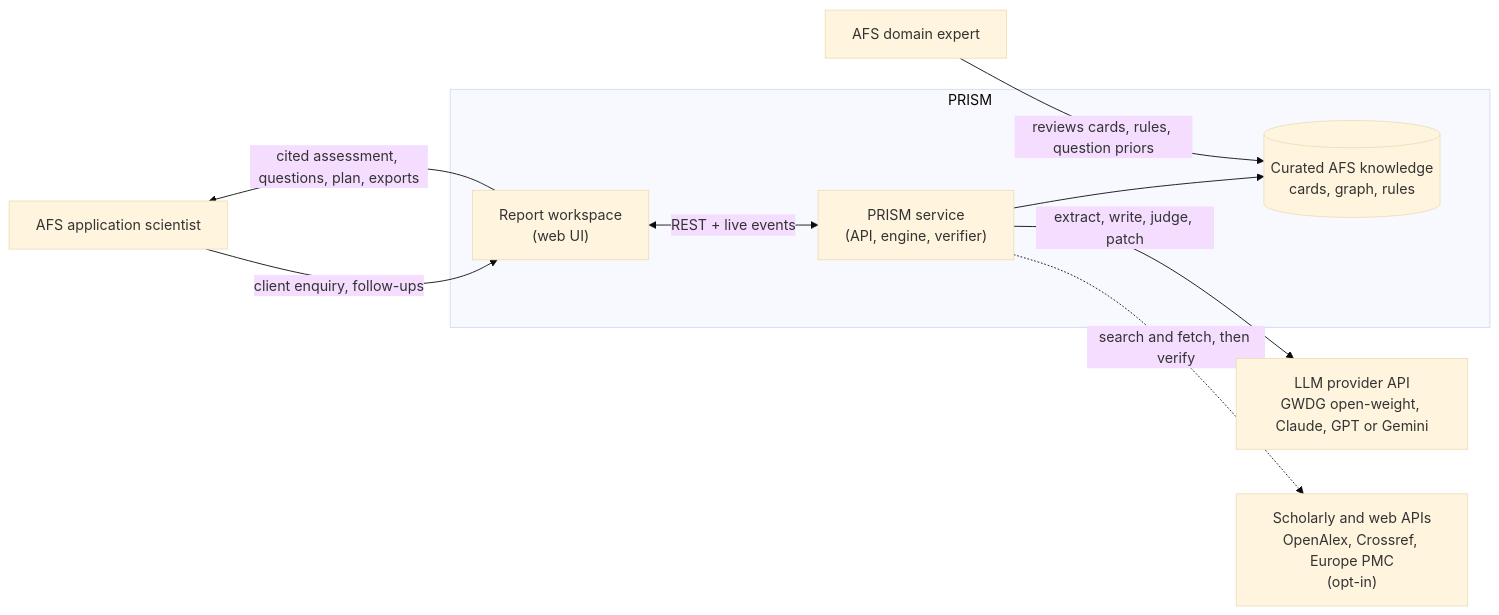
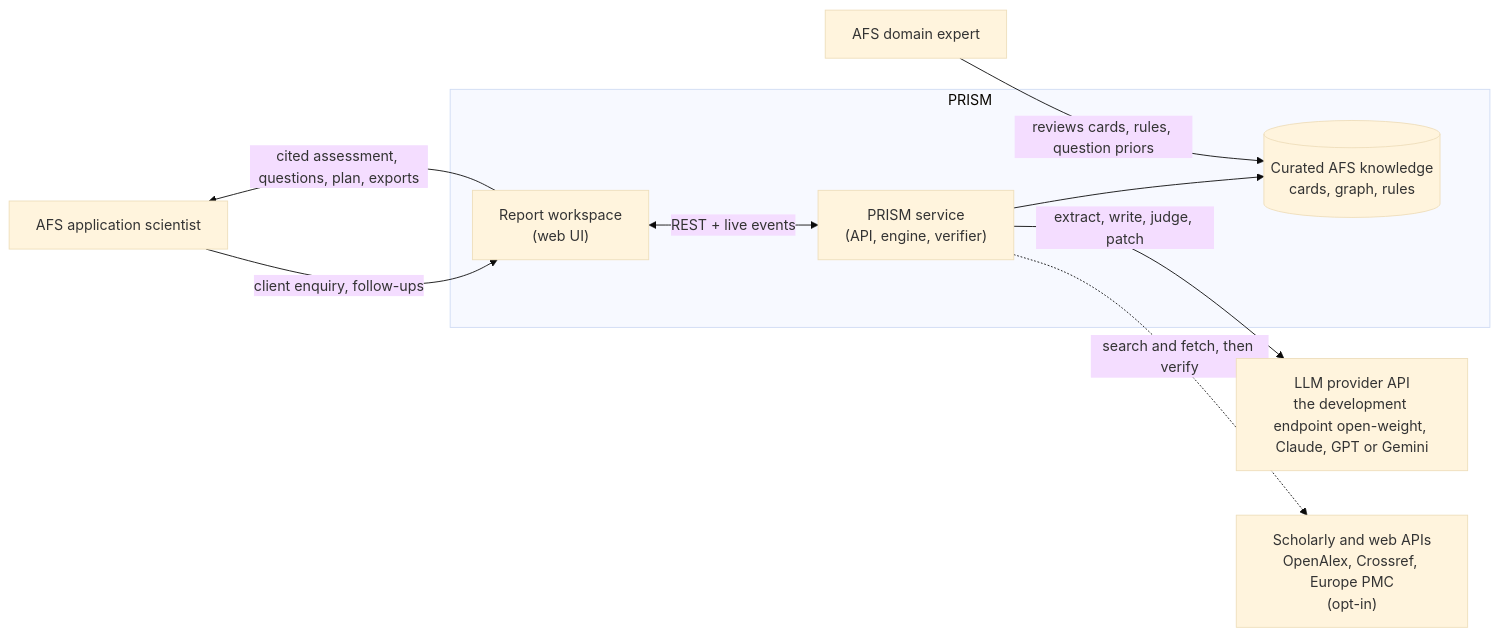
Before and after one commit to m-mahmoud-mohamed/AI-Assistant-for-In-line-Spectroscopy: the first of 7 diagrams in docs/ARCHITECTURE_V2.md, drawn with Mermaid (base theme). The commit also changed other lines of this file and 22 other files, not shown here.

Commit message:
chore(config): provider profiles limited to openai, gemini and project; neutral wording in the docs

````diff
--- a/docs/ARCHITECTURE_V2.md
+++ b/docs/ARCHITECTURE_V2.md
@@ -105,19 +105,19 @@
 ```mermaid
 flowchart LR
   SCI["AFS application scientist"]
   EXP["AFS domain expert"]
   subgraph PRISM["PRISM"]
     APP["Report workspace<br/>(web UI)"]
     SVC["PRISM service<br/>(API, engine, verifier)"]
     KB[("Curated AFS knowledge<br/>cards, graph, rules")]
   end
-  LLM["LLM provider API<br/>GWDG open-weight, Claude, GPT or Gemini"]
+  LLM["LLM provider API<br/>the development endpoint open-weight, Claude, GPT or Gemini"]
   LIT["Scholarly and web APIs<br/>OpenAlex, Crossref, Europe PMC<br/>(opt-in)"]
   SCI -->|"client enquiry, follow-ups"| APP
   APP -->|"cited assessment, questions, plan, exports"| SCI
   APP <-->|"REST + live events"| SVC
   SVC --> KB
   SVC -->|"extract, write, judge, patch"| LLM
   SVC -.->|"search and fetch, then verify"| LIT
   EXP -->|"reviews cards, rules, question priors"| KB
 ```
````
